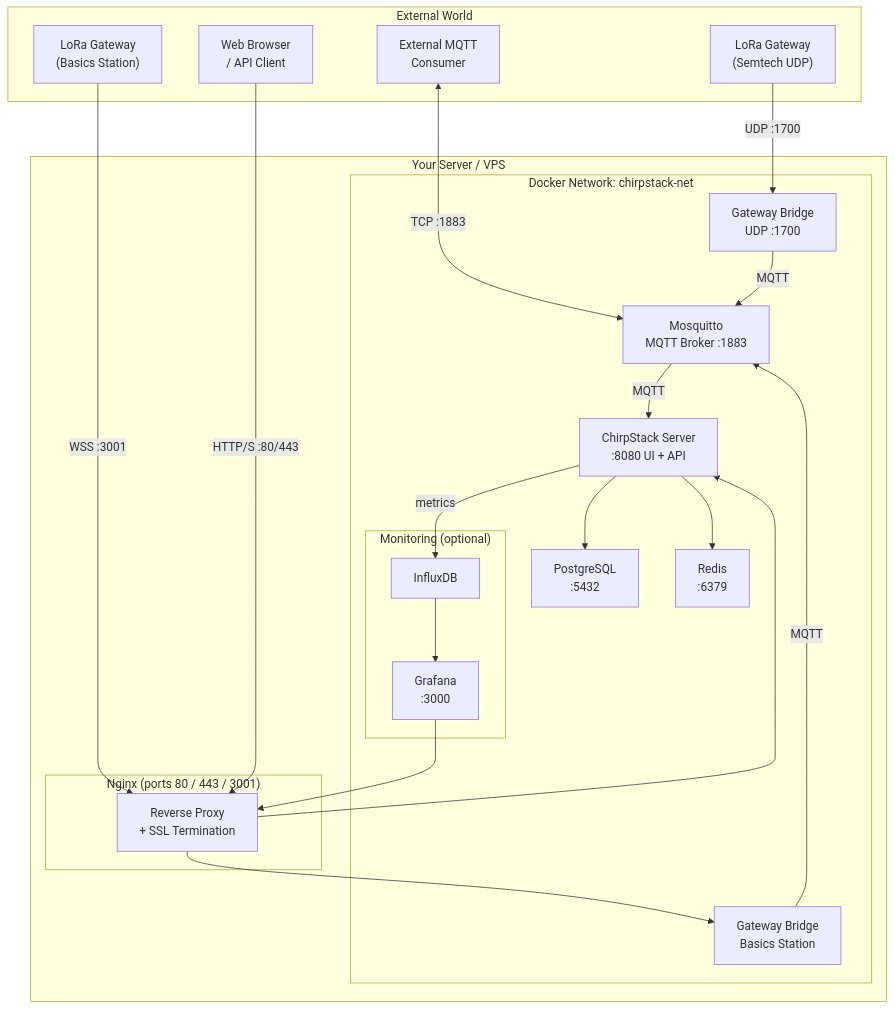
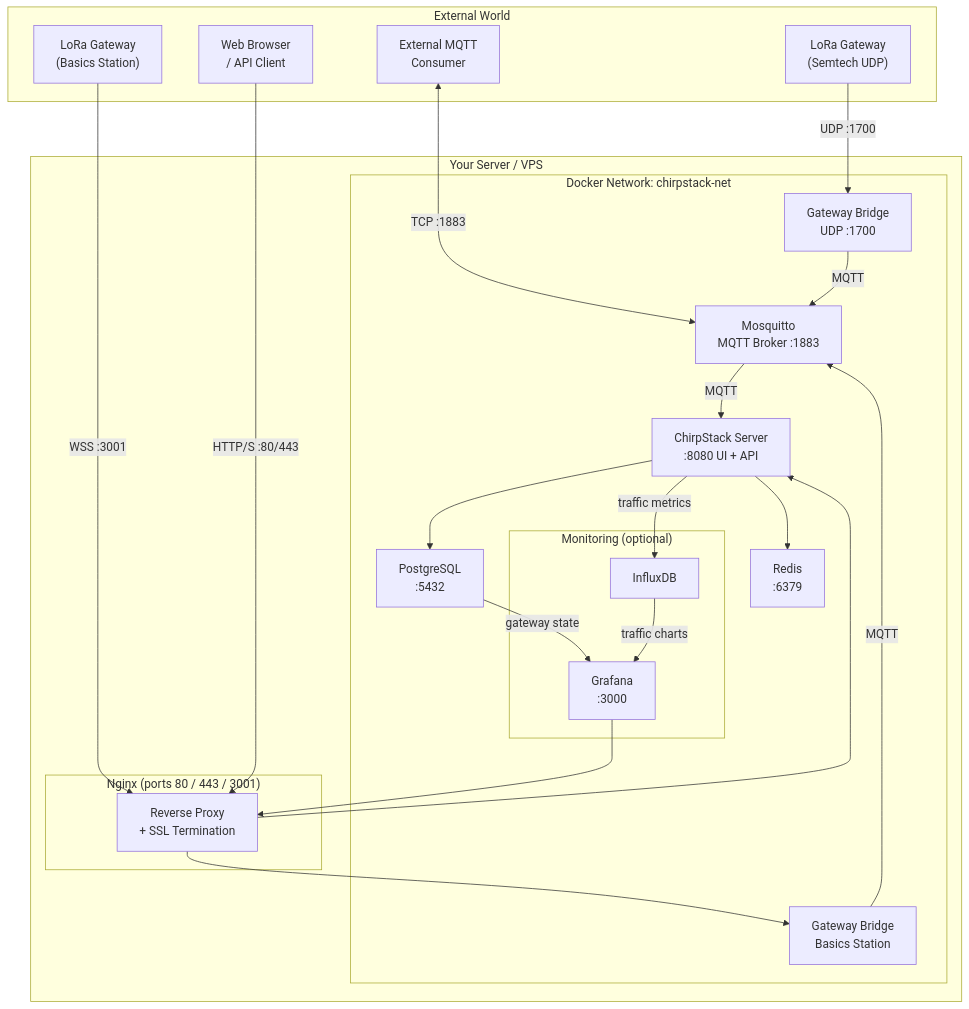
One commit to MachineSaver/chirpstack-deploy changed the first of 5 diagrams in README.md. Above: the diagram before and after it, drawn with Mermaid. The commit also changed other lines of this file and 6 other files, not shown here.

````diff
--- a/README.md
+++ b/README.md
@@ -39,44 +39,45 @@
 ```mermaid
 graph TB
     subgraph EXTERNAL["External World"]
         GW_UDP["LoRa Gateway\n(Semtech UDP)"]
         GW_BS["LoRa Gateway\n(Basics Station)"]
         BROWSER["Web Browser\n/ API Client"]
         EXT_MQTT["External MQTT\nConsumer"]
     end
 
     subgraph HOST["Your Server / VPS"]
         subgraph NGINX["Nginx (ports 80 / 443 / 3001)"]
             PROXY["Reverse Proxy\n+ SSL Termination"]
         end
 
         subgraph DOCKER["Docker Network: chirpstack-net"]
             CS["ChirpStack Server\n:8080 UI + API"]
             GB_UDP["Gateway Bridge\nUDP  :1700"]
             GB_BS["Gateway Bridge\nBasics Station"]
             MQ["Mosquitto\nMQTT Broker  :1883"]
             PG["PostgreSQL\n:5432"]
             RD["Redis\n:6379"]
 
             subgraph MONITORING["Monitoring (optional)"]
                 INF["InfluxDB"]
                 GRF["Grafana\n:3000"]
             end
         end
     end
 
     GW_UDP -->|"UDP :1700"| GB_UDP
     GW_BS -->|"WSS :3001"| PROXY --> GB_BS
     BROWSER -->|"HTTP/S :80/443"| PROXY --> CS
     EXT_MQTT <-->|"TCP :1883"| MQ
 
     GB_UDP -->|MQTT| MQ
     GB_BS  -->|MQTT| MQ
     MQ     -->|MQTT| CS
 
     CS --> PG
     CS --> RD
-    CS -->|metrics| INF
-    INF --> GRF
+    CS -->|traffic metrics| INF
+    PG -->|gateway state| GRF
+    INF -->|traffic charts| GRF
     GRF --> PROXY
 ```
````
